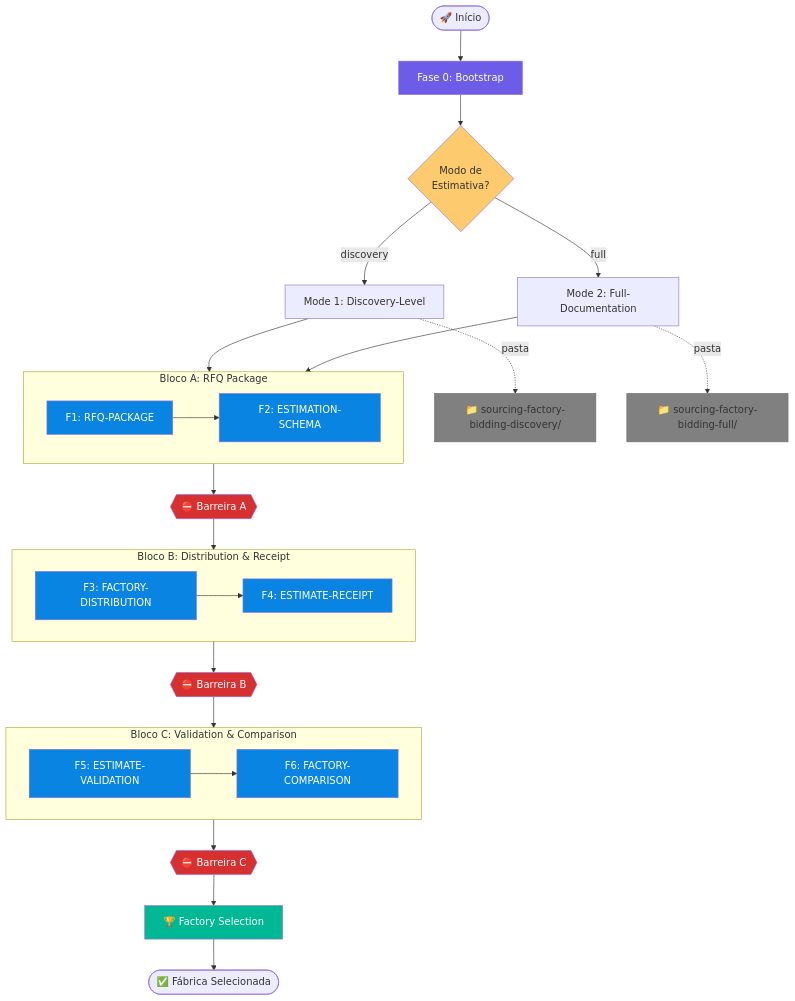
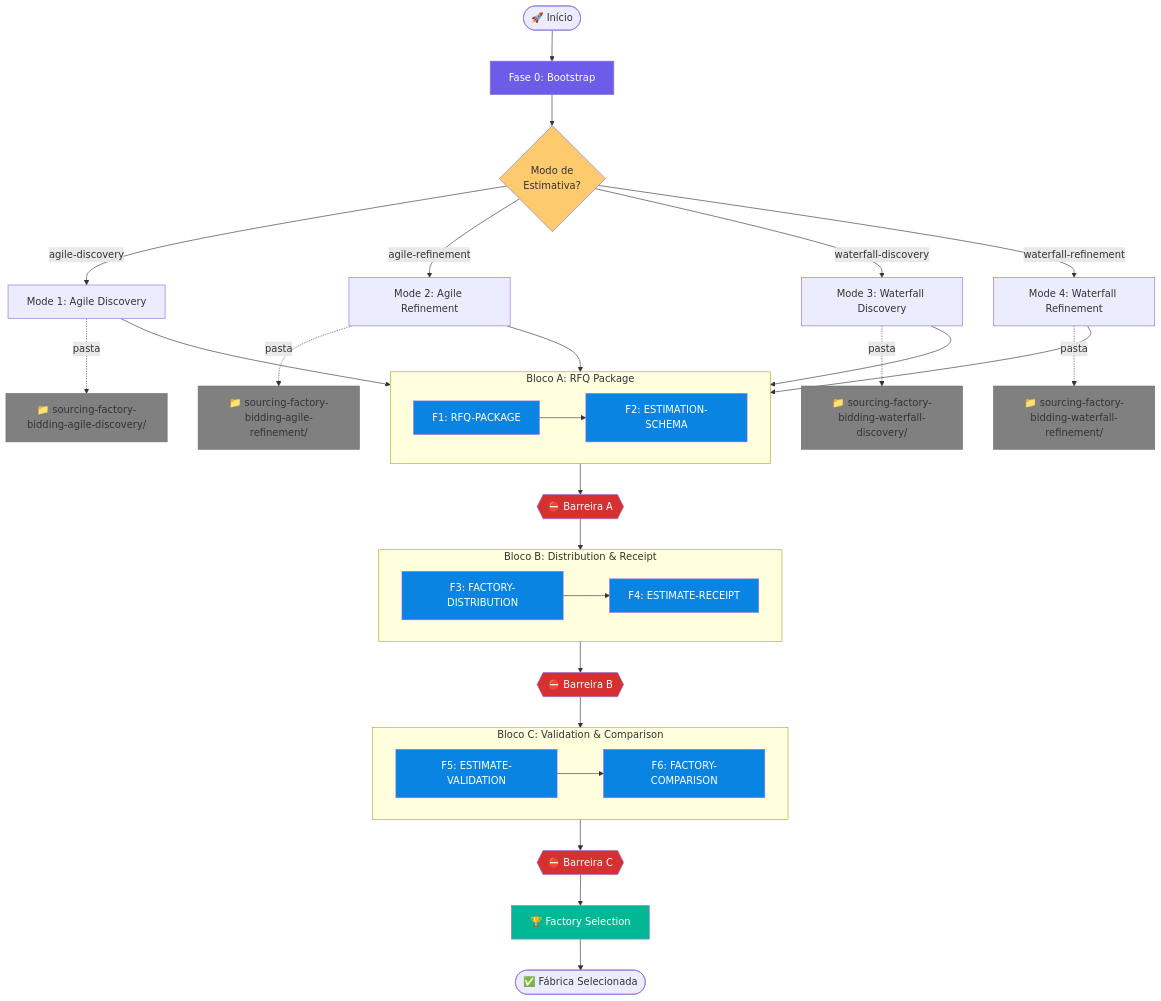
One commit to bolismar69/workspace-fbso changed the first of 8 diagrams in .specs/prompts/sourcing-factory-bidding/FLOWCHART-PROMPT-ROADMAP-GENERATE-SOURCING-FACTORY-BIDDING.md. Above: the diagram before and after it, drawn with Mermaid. The commit also changed other lines of this file and 129 other files, not shown here.

````diff
--- a/.specs/prompts/sourcing-factory-bidding/FLOWCHART-PROMPT-ROADMAP-GENERATE-SOURCING-FACTORY-BIDDING.md
+++ b/.specs/prompts/sourcing-factory-bidding/FLOWCHART-PROMPT-ROADMAP-GENERATE-SOURCING-FACTORY-BIDDING.md
@@ -13,58 +13,67 @@
 ```mermaid
 flowchart TB
     START([🚀 Início]) --> F0[Fase 0: Bootstrap]
 
     F0 --> MODE_DECISION{Modo de<br/>Estimativa?}
-    MODE_DECISION -->|discovery| MODE1[Mode 1: Discovery-Level]
-    MODE_DECISION -->|full| MODE2[Mode 2: Full-Documentation]
+
+    MODE_DECISION -->|agile-discovery| MODE1[Mode 1: Agile Discovery]
+    MODE_DECISION -->|agile-refinement| MODE2[Mode 2: Agile Refinement]
+    MODE_DECISION -->|waterfall-discovery| MODE3[Mode 3: Waterfall Discovery]
+    MODE_DECISION -->|waterfall-refinement| MODE4[Mode 4: Waterfall Refinement]
 
     MODE1 --> BLOCO_A
     MODE2 --> BLOCO_A
+    MODE3 --> BLOCO_A
+    MODE4 --> BLOCO_A
 
     subgraph BLOCO_A[Bloco A: RFQ Package]
         direction LR
         F1[F1: RFQ-PACKAGE] --> F2[F2: ESTIMATION-SCHEMA]
     end
 
     BLOCO_A --> BARREIRA_A{{⛔ Barreira A}}
 
     BARREIRA_A --> BLOCO_B
 
     subgraph BLOCO_B[Bloco B: Distribution & Receipt]
         direction LR
         F3[F3: FACTORY-DISTRIBUTION] --> F4[F4: ESTIMATE-RECEIPT]
     end
 
     BLOCO_B --> BARREIRA_B{{⛔ Barreira B}}
 
     BARREIRA_B --> BLOCO_C
 
     subgraph BLOCO_C[Bloco C: Validation & Comparison]
         direction LR
         F5[F5: ESTIMATE-VALIDATION] --> F6[F6: FACTORY-COMPARISON]
     end
 
     BLOCO_C --> BARREIRA_C{{⛔ Barreira C}}
 
     BARREIRA_C --> SELECTION[🏆 Factory Selection]
 
     SELECTION --> END([✅ Fábrica Selecionada])
 
-    MODE1 -.->|pasta| DISCOVERY_PATH[📁 sourcing-factory-bidding-discovery/]
-    MODE2 -.->|pasta| FULL_PATH[📁 sourcing-factory-bidding-full/]
+    MODE1 -.->|pasta| AGILE_DISCOVERY_PATH[📁 sourcing-factory-bidding-agile-discovery/]
+    MODE2 -.->|pasta| AGILE_REFINEMENT_PATH[📁 sourcing-factory-bidding-agile-refinement/]
+    MODE3 -.->|pasta| WATERFALL_DISCOVERY_PATH[📁 sourcing-factory-bidding-waterfall-discovery/]
+    MODE4 -.->|pasta| WATERFALL_REFINEMENT_PATH[📁 sourcing-factory-bidding-waterfall-refinement/]
 
     style F0 fill:#6c5ce7,color:#fff
     style F1 fill:#0984e3,color:#fff
     style F2 fill:#0984e3,color:#fff
     style F3 fill:#0984e3,color:#fff
     style F4 fill:#0984e3,color:#fff
     style F5 fill:#0984e3,color:#fff
     style F6 fill:#0984e3,color:#fff
     style SELECTION fill:#00b894,color:#fff
     style BARREIRA_A fill:#d63031,color:#fff
     style BARREIRA_B fill:#d63031,color:#fff
     style BARREIRA_C fill:#d63031,color:#fff
     style MODE_DECISION fill:#fdcb6e,color:#333
-    style DISCOVERY_PATH fill:#808080,stroke:#636e72
-    style FULL_PATH fill:#808080,stroke:#636e72
+    style AGILE_DISCOVERY_PATH fill:#808080,stroke:#636e72
+    style AGILE_REFINEMENT_PATH fill:#808080,stroke:#636e72
+    style WATERFALL_DISCOVERY_PATH fill:#808080,stroke:#636e72
+    style WATERFALL_REFINEMENT_PATH fill:#808080,stroke:#636e72
 ```
````
